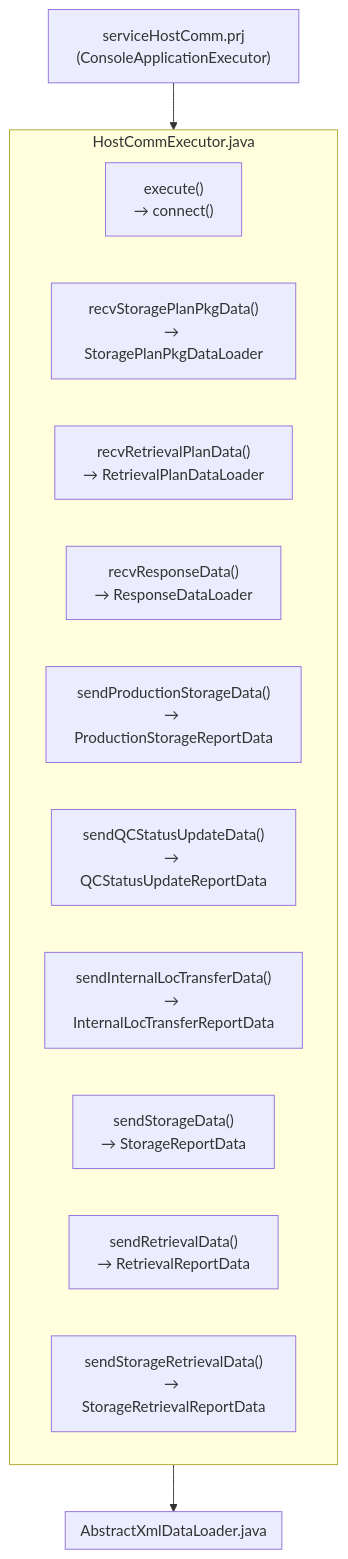
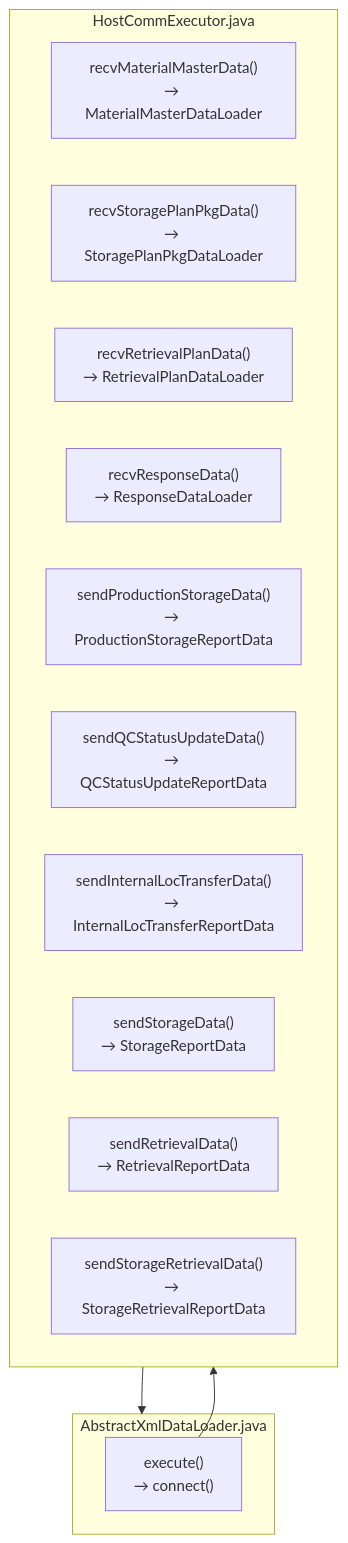
One commit to luthfiadityaa/SimeDarby-Wiki changed the diagram in Basic-Design/Host-Interfaces.md. Above: the diagram before and after it, drawn with Mermaid.

Commit message:
Updated Host Interfaces

```diff
--- a/Basic-Design/Host-Interfaces.md
+++ b/Basic-Design/Host-Interfaces.md
@@ -30,26 +30,26 @@
 ::: mermaid
 flowchart TD
         C1["serviceHostComm.prj<br>(ConsoleApplicationExecutor)"]       
     
         C1 --> HostCommExecutor.java
         AbstractXmlDataLoader.java
         HostCommExecutor.java --> AbstractXmlDataLoader.java
 
 subgraph HostCommExecutor.java
         C2["recvMaterialMasterData()<br>→ MaterialMasterDataLoader"]
         C3["recvStoragePlanPkgData()<br>→ StoragePlanPkgDataLoader"]
         C4["recvRetrievalPlanData()<br>→ RetrievalPlanDataLoader"]
         C5["recvResponseData()<br>→ ResponseDataLoader"]
         C6["sendProductionStorageData()<br>→ ProductionStorageReportData"]
         C7["sendQCStatusUpdateData()<br>→ QCStatusUpdateReportData"]
         C8["sendInternalLocTransferData()<br>→ InternalLocTransferReportData"]
         C9["sendStorageData()<br>→ StorageReportData"]
         C10["sendRetrievalData()<br>→ RetrievalReportData"]
         C11["sendStorageRetrievalData()<br>→ StorageRetrievalReportData"]
 end
 
 subgraph AbstractXmlDataLoader.java
-        C2["execute()<br>→ connect()"]
+        C1["execute()<br>→ connect()"]
 end
 
 :::
```
